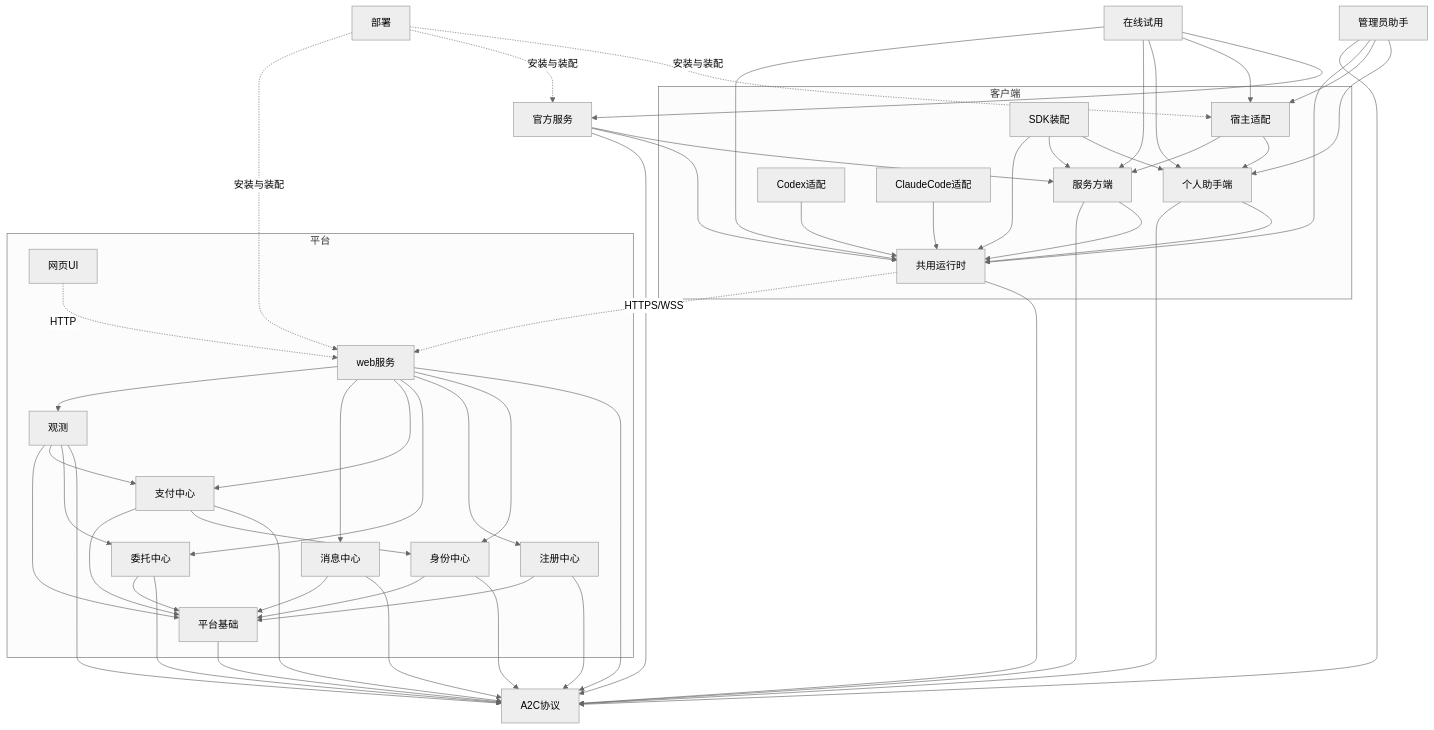
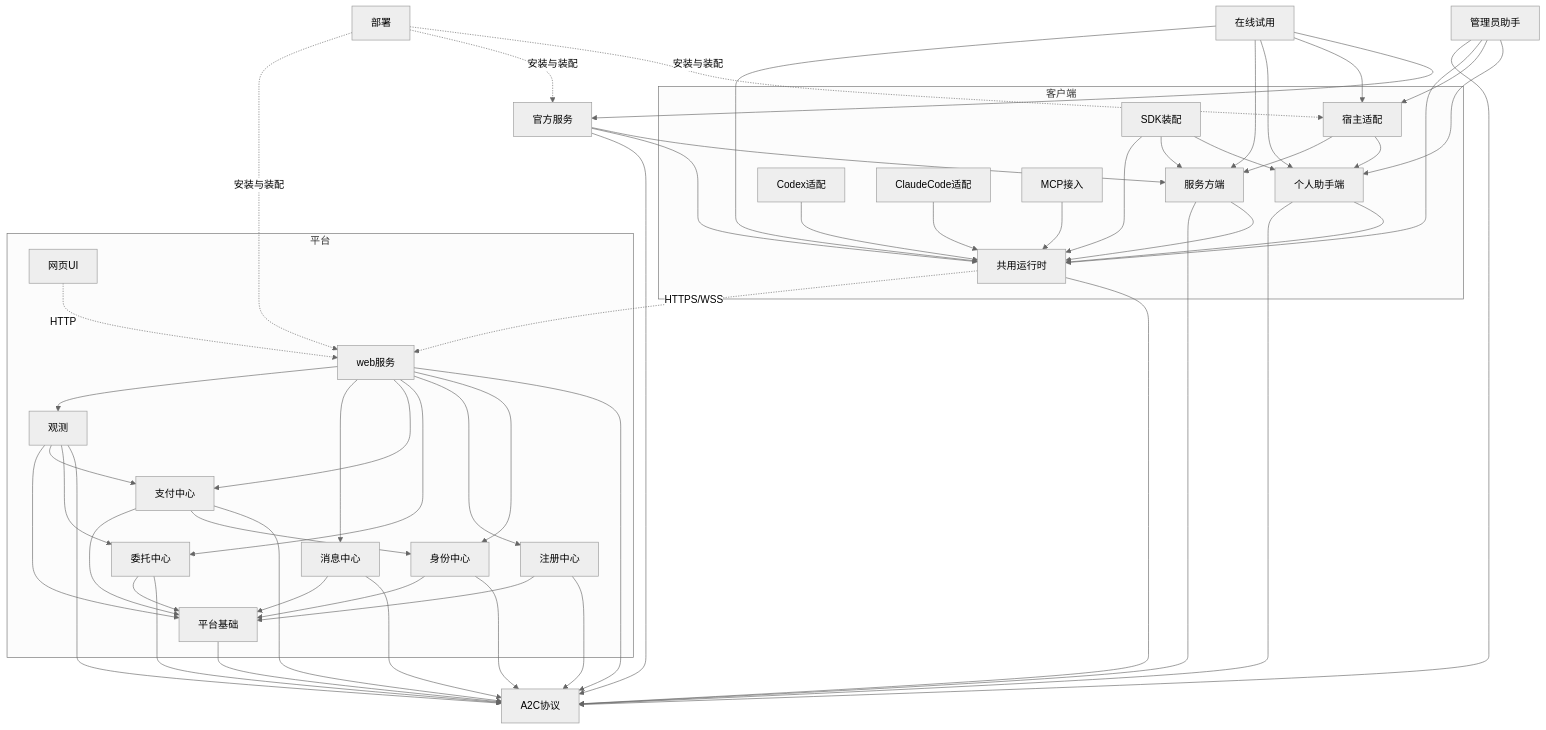
Before and after one commit to Weizheng96/Jiuwen-IoA-Lab: the diagram in 设计/架构.md, drawn with Mermaid (neutral theme). The commit also changed other lines of this file and 213 other files, not shown here.

````diff
--- a/设计/架构.md
+++ b/设计/架构.md
@@ -52,24 +53,25 @@
 ```mermaid
 flowchart TB
     subgraph C[客户端]
         H[宿主适配] --> A[个人助手端] & P[服务方端]
         CX[Codex适配] --> R
         CL[ClaudeCode适配] --> R
         SA[SDK装配] --> A & P & R
+        MCP[MCP接入] --> R
         A --> R[共用运行时]
         P --> R
     end
     O[官方服务] --> P & R
     M[管理员助手] --> A & H & R
     T[在线试用] --> O & H & A & P & R
     Dep[部署] -. 安装与装配 .-> H & O & W
     A & P & R & O & M & I & G & D & Pay & Msg & V & B & W --> Proto[A2C协议]
     R -. HTTPS/WSS .-> W
     subgraph S[平台]
         UI[网页UI] -. HTTP .-> W[web服务]
         W --> I[身份中心] & G[注册中心] & D[委托中心] & Pay[支付中心] & Msg[消息中心] & V[观测]
         V --> D & Pay
         Pay --> I
         I & G & D & Pay & Msg & V --> B[平台基础]
     end
 ```
````
